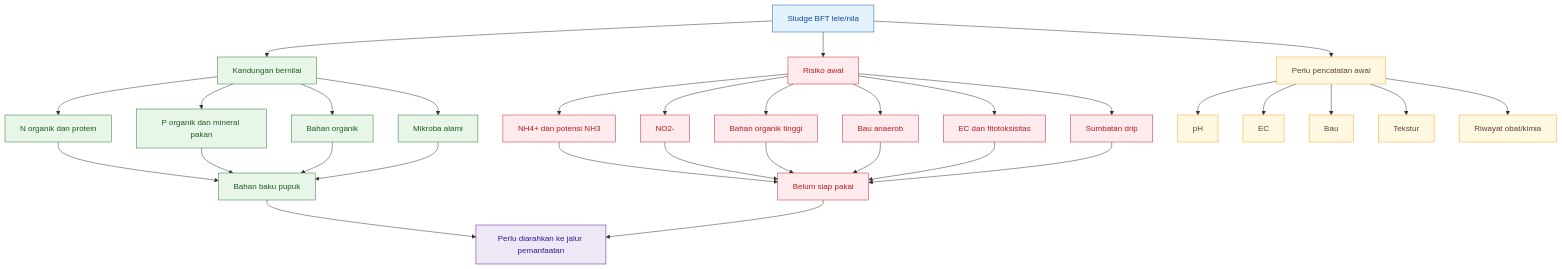
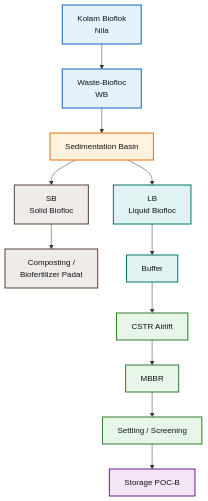
Before and after one commit to slametsampon/kawruhnology: the third of 28 diagrams in content/blog/agri/perikanan/sludge-bioflok-biofertilizer.mdx, drawn with Mermaid. The commit also changed other lines of this file and 9 other files, not shown here.

Commit message:
publish sludge-bioflok-biofertilizer, update orifice

````diff
--- a/content/blog/agri/perikanan/sludge-bioflok-biofertilizer.mdx
+++ b/content/blog/agri/perikanan/sludge-bioflok-biofertilizer.mdx
@@ -235,51 +1047,29 @@
 ```mermaid
 flowchart TD
-    A[Sludge BFT lele/nila] --> B[Kandungan bernilai]
-    A --> C[Risiko awal]
-    A --> D[Perlu pencatatan awal]
+    A["Kolam Bioflok<br/>Nila"] --> B["Waste-Biofloc<br/>WB"]
+    B --> C["Sedimentation Basin"]
 
-    B --> B1[N organik dan protein]
-    B --> B2[P organik dan mineral pakan]
-    B --> B3[Bahan organik]
-    B --> B4[Mikroba alami]
+    C --> D["SB<br/>Solid Biofloc"]
+    D --> E["Composting /<br/>Biofertilizer Padat"]
 
-    C --> C1[NH4+ dan potensi NH3]
-    C --> C2[NO2-]
-    C --> C3[Bahan organik tinggi]
-    C --> C4[Bau anaerob]
-    C --> C5[EC dan fitotoksisitas]
-    C --> C6[Sumbatan drip]
+    C --> F["LB<br/>Liquid Biofloc"]
+    F --> G["Buffer"]
+    G --> H["CSTR Airlift"]
+    H --> I["MBBR"]
+    I --> J["Settling / Screening"]
+    J --> K["Storage POC-B"]
 
-    D --> D1[pH]
-    D --> D2[EC]
-    D --> D3[Bau]
-    D --> D4[Tekstur]
-    D --> D5[Riwayat obat/kimia]
+    classDef pond fill:#E3F2FD,stroke:#1565C0,color:#111,stroke-width:2px;
+    classDef separation fill:#FFF3E0,stroke:#EF6C00,color:#111,stroke-width:2px;
+    classDef solid fill:#EFEBE9,stroke:#5D4037,color:#111,stroke-width:2px;
+    classDef liquid fill:#E0F2F1,stroke:#00796B,color:#111,stroke-width:2px;
+    classDef reactor fill:#E8F5E9,stroke:#2E7D32,color:#111,stroke-width:2px;
+    classDef product fill:#F3E5F5,stroke:#6A1B9A,color:#111,stroke-width:2px;
 
-    B1 --> E[Bahan baku pupuk]
-    B2 --> E
-    B3 --> E
-    B4 --> E
-
-    C1 --> F[Belum siap pakai]
-    C2 --> F
-    C3 --> F
-    C4 --> F
-    C5 --> F
-    C6 --> F
-
-    E --> G[Perlu diarahkan ke jalur pemanfaatan]
-    F --> G
-
-    classDef input fill:#E3F2FD,stroke:#1565C0,color:#0D47A1;
-    classDef value fill:#E8F5E9,stroke:#2E7D32,color:#1B5E20;
-    classDef risk fill:#FFEBEE,stroke:#C62828,color:#B71C1C;
-    classDef check fill:#FFF8E1,stroke:#F9A825,color:#5D4037;
-    classDef decision fill:#EDE7F6,stroke:#6A1B9A,color:#311B92;
-
-    class A input;
-    class B,B1,B2,B3,B4,E value;
-    class C,C1,C2,C3,C4,C5,C6,F risk;
-    class D,D1,D2,D3,D4,D5 check;
-    class G decision;
+    class A,B pond;
+    class C separation;
+    class D,E solid;
+    class F,G liquid;
+    class H,I,J reactor;
+    class K product;
 ```
````
